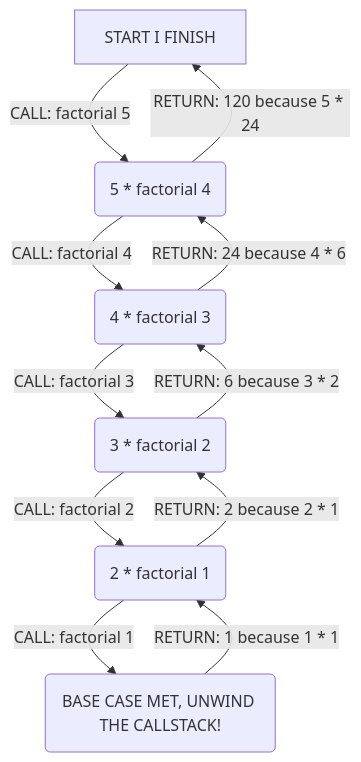
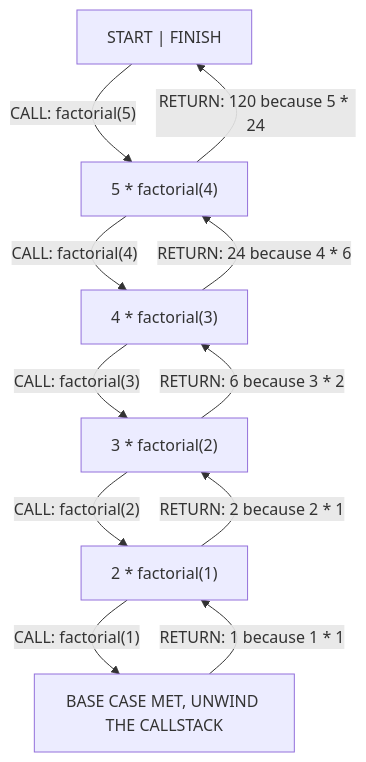
Before and after one commit to bazmurphy/dsa-challenges: the diagram in src/04-recursion/05-factorial/readme.md, drawn with Mermaid. The commit also changed 5 other files, not shown here.

````diff
--- a/src/04-recursion/05-factorial/readme.md
+++ b/src/04-recursion/05-factorial/readme.md
@@ -113,13 +113,13 @@
 ```mermaid
 graph TD
-  A[START I FINISH] -->|CALL: factorial 5 | B(5 * factorial 4)
-  B -->|CALL: factorial 4 | C(4 * factorial 3)
-  C -->|CALL: factorial 3 | D(3 * factorial 2)
-  D -->|CALL: factorial 2 | E(2 * factorial 1)
-  E -->|CALL: factorial 1 | F(BASE CASE MET, UNWIND THE CALLSTACK!)
+  A["START | FINISH"] -->|"CALL: factorial(5)"| B["5 * factorial(4)"]
+  B -->|"CALL: factorial(4)"| C["4 * factorial(3)"]
+  C -->|"CALL: factorial(3)"| D["3 * factorial(2)"]
+  D -->|"CALL: factorial(2)"| E["2 * factorial(1)"]
+  E -->|"CALL: factorial(1)"| F[BASE CASE MET, UNWIND THE CALLSTACK]
   F -->|RETURN: 1 because 1 * 1 | E
   E -->|RETURN: 2 because 2 * 1 | D
   D -->|RETURN: 6 because 3 * 2 | C
   C -->|RETURN: 24 because 4 * 6 | B
   B -->|RETURN: 120 because 5 * 24 | A
 ```
````
